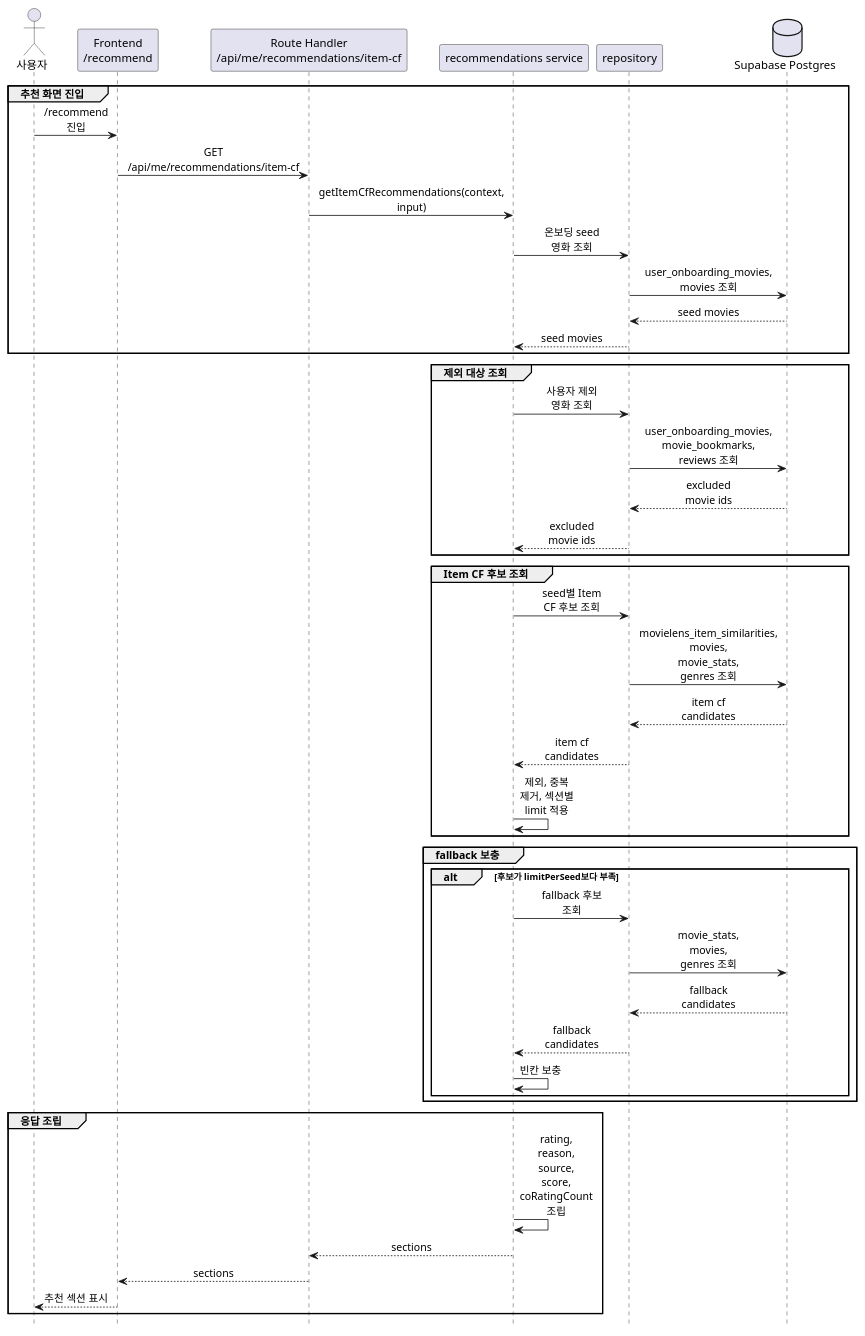
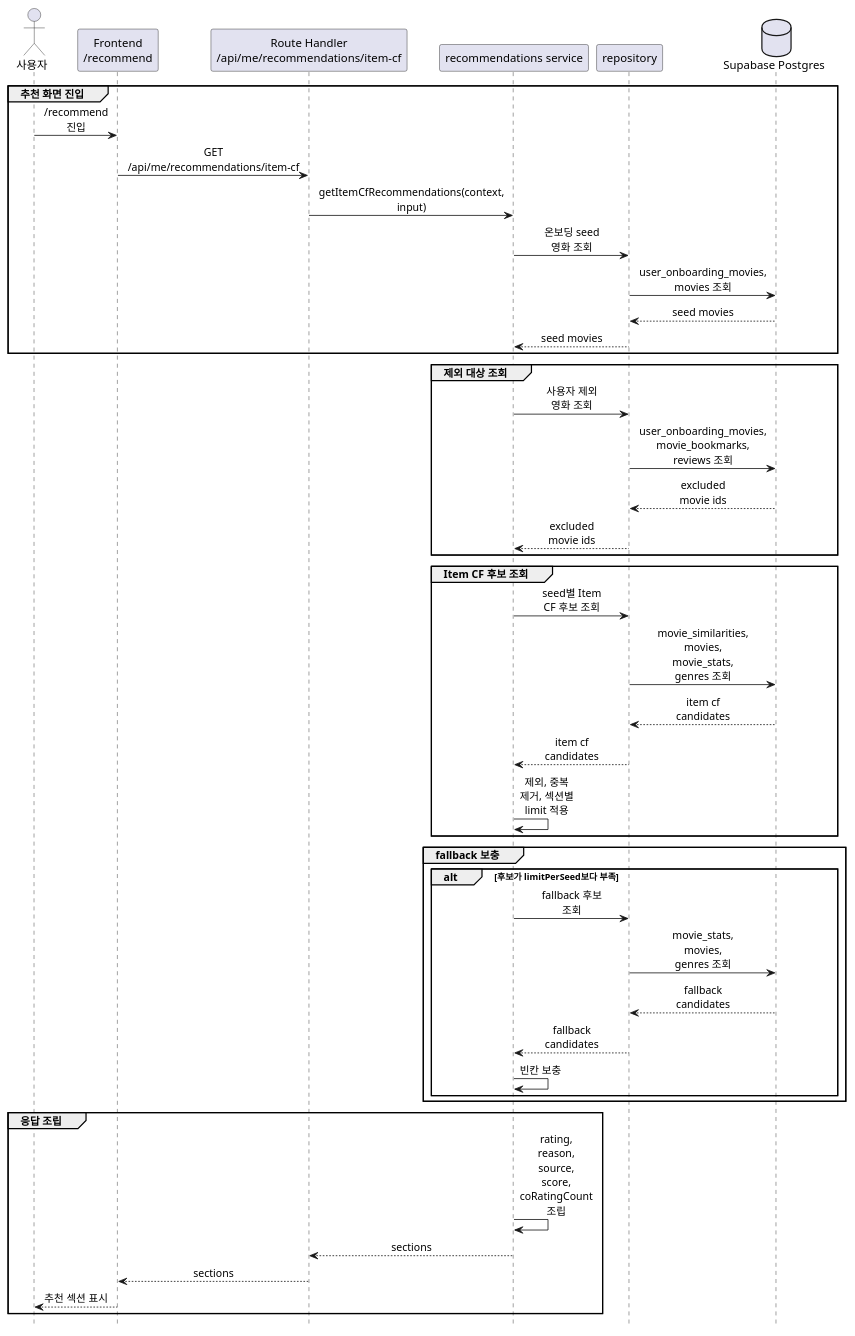
The diagram in docs/implementation-plan/6.item-cf-implementation-plan.md (skkuse/2026spring_41class_team2), drawn with PlantUML before and after one commit. The commit also changed other lines of this file and 7 other files, not shown here.

````diff
--- a/docs/implementation-plan/6.item-cf-implementation-plan.md
+++ b/docs/implementation-plan/6.item-cf-implementation-plan.md
@@ -47,56 +47,56 @@
 ```plantuml
 @startuml
 hide footbox
 skinparam sequenceMessageAlign center
 skinparam maxMessageSize 80
 
 actor "사용자" as User
 participant "Frontend\n/recommend" as FE
 participant "Route Handler\n/api/me/recommendations/item-cf" as Route
 participant "recommendations service" as Service
 participant "repository" as Repo
 database "Supabase Postgres" as DB
 
 group 추천 화면 진입
   User -> FE: /recommend 진입
   FE -> Route: GET /api/me/recommendations/item-cf
   Route -> Service: getItemCfRecommendations(context, input)
   Service -> Repo: 온보딩 seed 영화 조회
   Repo -> DB: user_onboarding_movies, movies 조회
   DB --> Repo: seed movies
   Repo --> Service: seed movies
 end
 
 group 제외 대상 조회
   Service -> Repo: 사용자 제외 영화 조회
   Repo -> DB: user_onboarding_movies, movie_bookmarks, reviews 조회
   DB --> Repo: excluded movie ids
   Repo --> Service: excluded movie ids
 end
 
 group Item CF 후보 조회
   Service -> Repo: seed별 Item CF 후보 조회
-  Repo -> DB: movielens_item_similarities, movies, movie_stats, genres 조회
+  Repo -> DB: movie_similarities, movies, movie_stats, genres 조회
   DB --> Repo: item cf candidates
   Repo --> Service: item cf candidates
   Service -> Service: 제외, 중복 제거, 섹션별 limit 적용
 end
 
 group fallback 보충
   alt 후보가 limitPerSeed보다 부족
     Service -> Repo: fallback 후보 조회
     Repo -> DB: movie_stats, movies, genres 조회
     DB --> Repo: fallback candidates
     Repo --> Service: fallback candidates
     Service -> Service: 빈칸 보충
   end
 end
 
 group 응답 조립
   Service -> Service: rating, reason, source, score, coRatingCount 조립
   Service --> Route: sections
   Route --> FE: sections
   FE --> User: 추천 섹션 표시
 end
 @enduml
 ```
````
